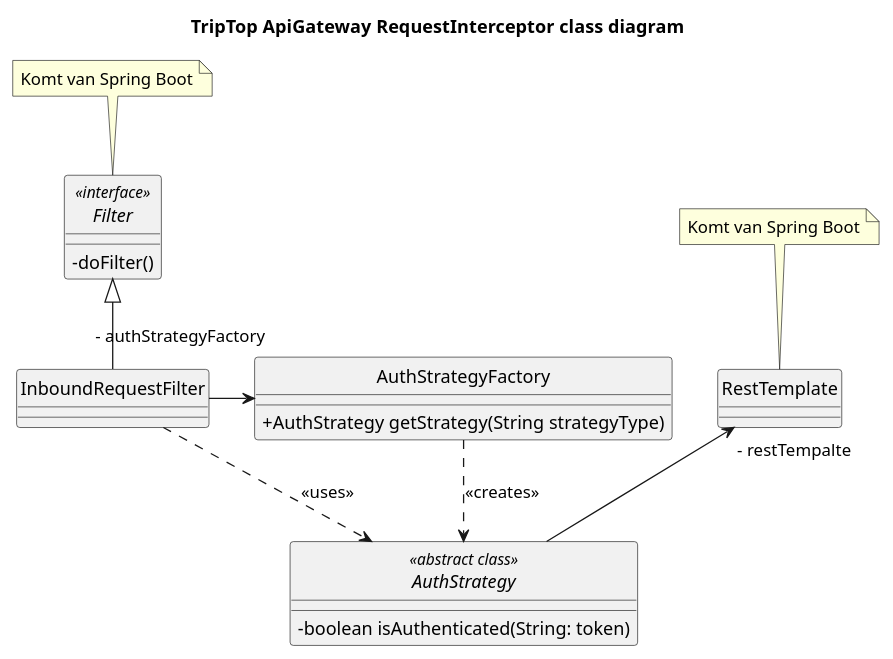
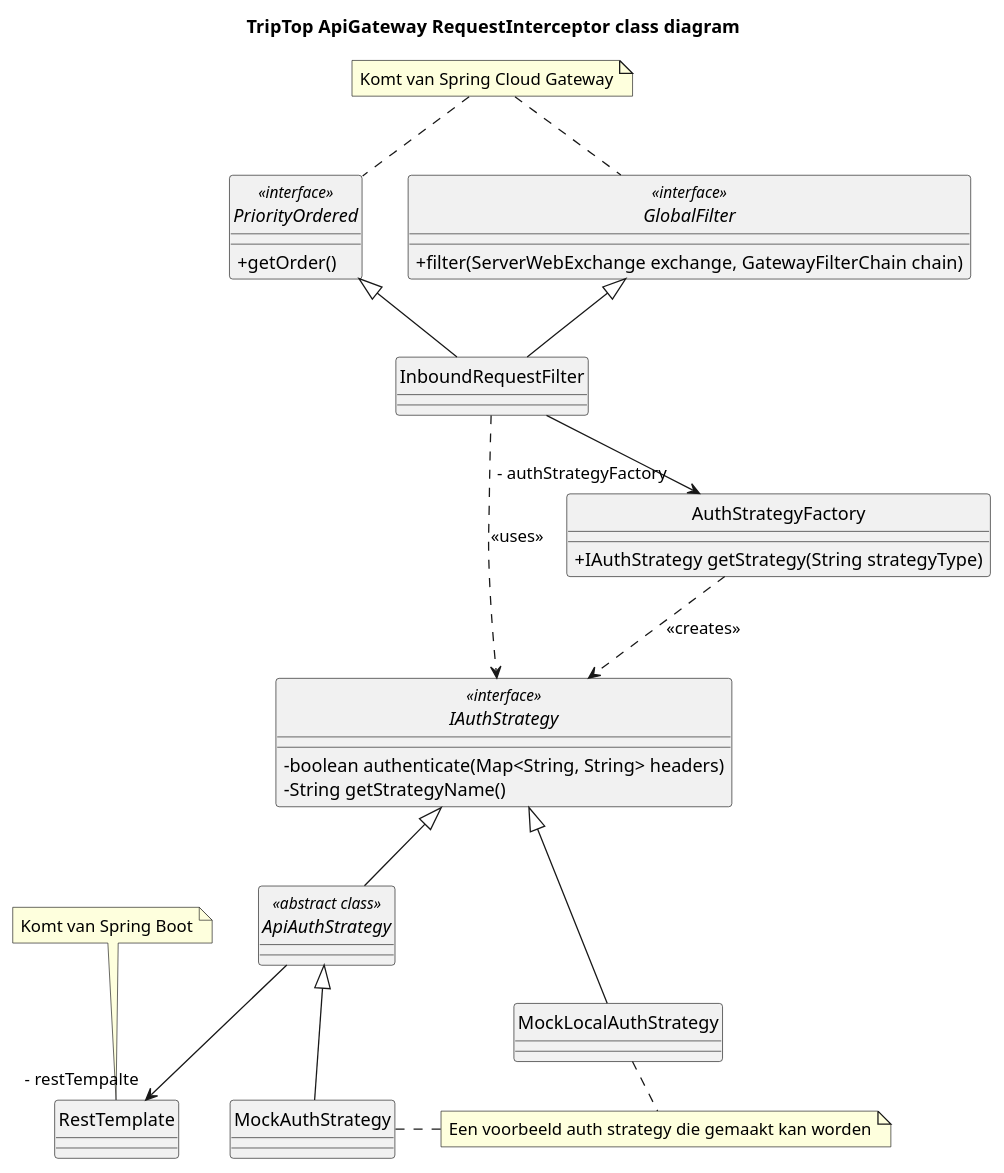
The diagram in individueel/diagram/Simon-TripTopClassDiagram.puml (AIM-ENE-feb25/triptop-groep-1-met-third-wheel), drawn with PlantUML before and after one commit. The commit also changed 32 other files, not shown here.

```diff
--- a/individueel/diagram/Simon-TripTopClassDiagram.puml
+++ b/individueel/diagram/Simon-TripTopClassDiagram.puml
@@ -1,42 +1,63 @@
 @startuml
 
 hide circle
 skinparam classAttributeIconSize 0
 
 title TripTop ApiGateway RequestInterceptor class diagram
 
-interface Filter <<interface>> {
-    - doFilter()
+interface GlobalFilter <<interface>> {
+    + filter(ServerWebExchange exchange, GatewayFilterChain chain)
 }
-note "Komt van Spring Boot" as filterNote
+note "Komt van Spring Cloud Gateway" as filterNote
 
-filterNote .. Filter
+filterNote .. GlobalFilter
+
+interface PriorityOrdered <<interface>> {
+    + getOrder()
+}
+
+filterNote .. PriorityOrdered
 
 class InboundRequestFilter {
+}
+
+interface IAuthStrategy <<interface>> {
+    - boolean authenticate(Map<String, String> headers)
+    - String getStrategyName()
 }
 
 class RestTemplate{
 }
 
 note "Komt van Spring Boot" as restTemplateNote
 restTemplateNote .. RestTemplate
 
 class AuthStrategyFactory {
-    + AuthStrategy getStrategy(String strategyType)
+    + IAuthStrategy getStrategy(String strategyType)
 }
 
-abstract class AuthStrategy <<abstract class>> {
-    - boolean isAuthenticated(String: token)
+abstract class ApiAuthStrategy <<abstract class>> {
 }
 
-InboundRequestFilter -up-^ Filter
-InboundRequestFilter -right-> "- authStrategyFactory" AuthStrategyFactory
+class MockAuthStrategy {}
+class MockLocalAuthStrategy {}
 
-AuthStrategyFactory ..> AuthStrategy : <<creates>>
-InboundRequestFilter ..> AuthStrategy : <<uses>>
+note "Een voorbeeld auth strategy die gemaakt kan worden" as mockAuthStrategyNote
+mockAuthStrategyNote ..left MockAuthStrategy
+mockAuthStrategyNote ..left MockLocalAuthStrategy
 
+InboundRequestFilter -up-^ GlobalFilter
+InboundRequestFilter -up-^ PriorityOrdered
+InboundRequestFilter --> "- authStrategyFactory" AuthStrategyFactory
 
-AuthStrategy -up-> "- restTempalte" RestTemplate
+AuthStrategyFactory ..> IAuthStrategy : <<creates>>
+InboundRequestFilter ..> IAuthStrategy : <<uses>>
+
+ApiAuthStrategy --> "- restTempalte" RestTemplate
+ApiAuthStrategy -up-^ IAuthStrategy
+
+MockAuthStrategy -up-^ ApiAuthStrategy
+MockLocalAuthStrategy -up-^IAuthStrategy
 
 
 @enduml
```
